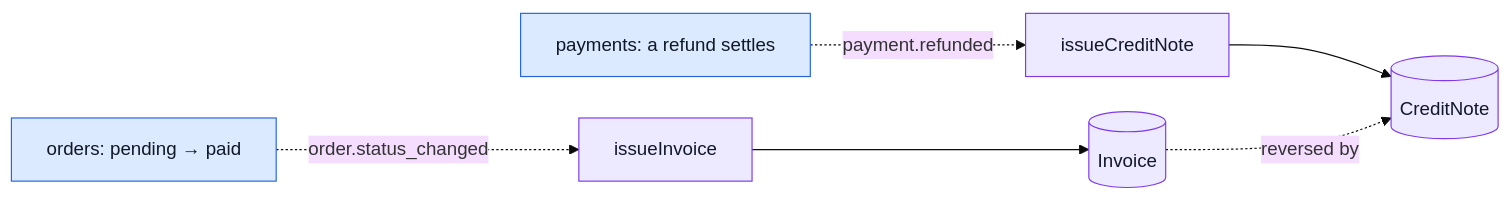
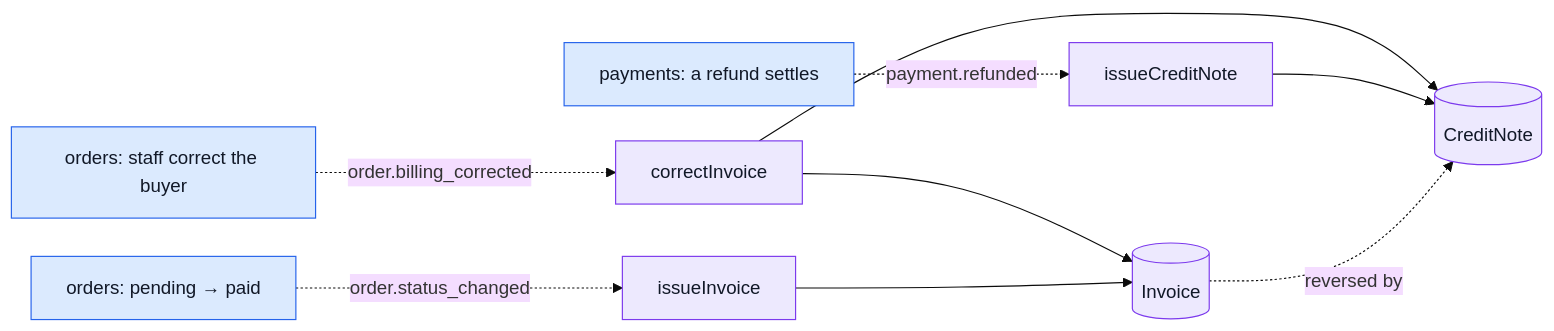
One commit to Guebbit/boilerplate-node-backend changed the second of 4 diagrams in docs/modules/invoicing.md. Above: the diagram before and after it, drawn with Mermaid (base theme). The commit also changed other lines of this file and 57 other files, not shown here.

First line of the commit message:
feat(orders): correct a billing address after the invoice, with a credit note and a new invoice

````diff
--- a/docs/modules/invoicing.md
+++ b/docs/modules/invoicing.md
@@ -86,14 +88,17 @@
 ```mermaid
 %%{init: {'flowchart': {'nodeSpacing': 30, 'rankSpacing': 55}}}%%
 flowchart LR
     O["orders: pending → paid"] -. "order.status_changed" .-> I["issueInvoice"]
     P["payments: a refund settles"] -. "payment.refunded" .-> C["issueCreditNote"]
+    B["orders: staff correct the buyer"] -. "order.billing_corrected" .-> X["correctInvoice"]
+    X --> ID
+    X --> CD
     I --> ID[("Invoice")]
     C --> CD[("CreditNote")]
     ID -. "reversed by" .-> CD
 
     classDef entry fill:#dbeafe,stroke:#2563eb,color:#111827;
     classDef own fill:#ede9fe,stroke:#7c3aed,color:#111827;
-    class O,P entry;
-    class I,C,ID,CD own;
+    class O,P,B entry;
+    class I,C,X,ID,CD own;
 ```
````
